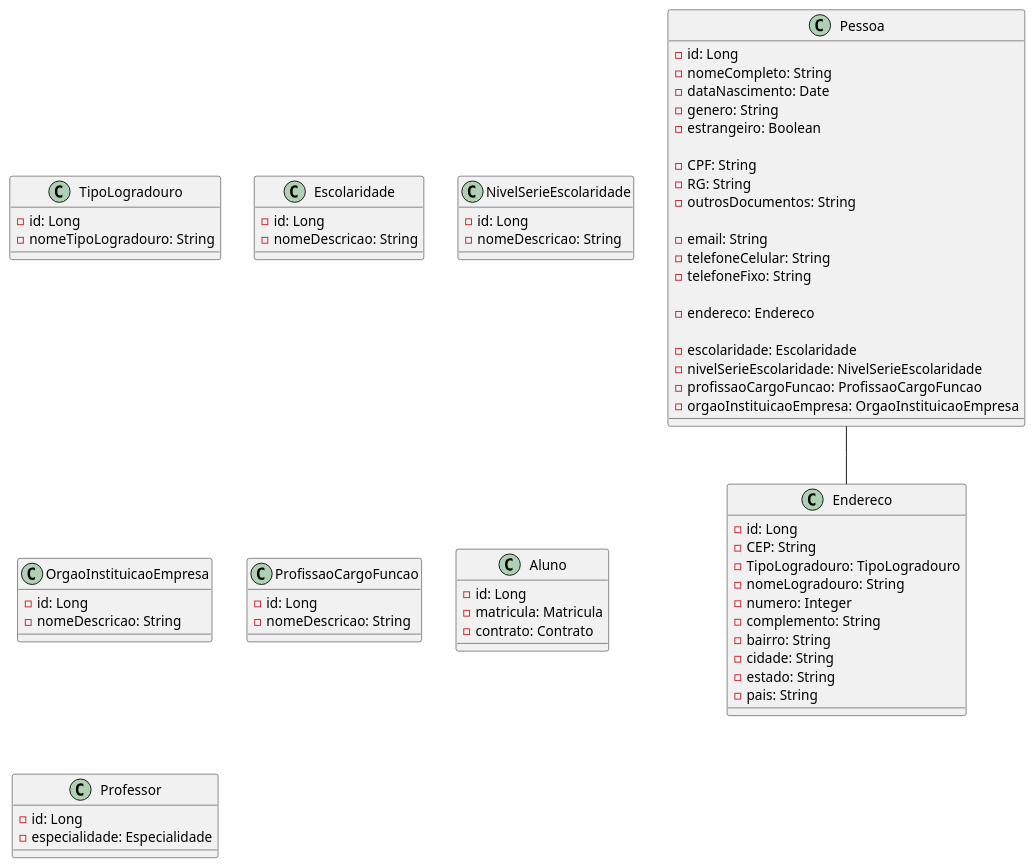
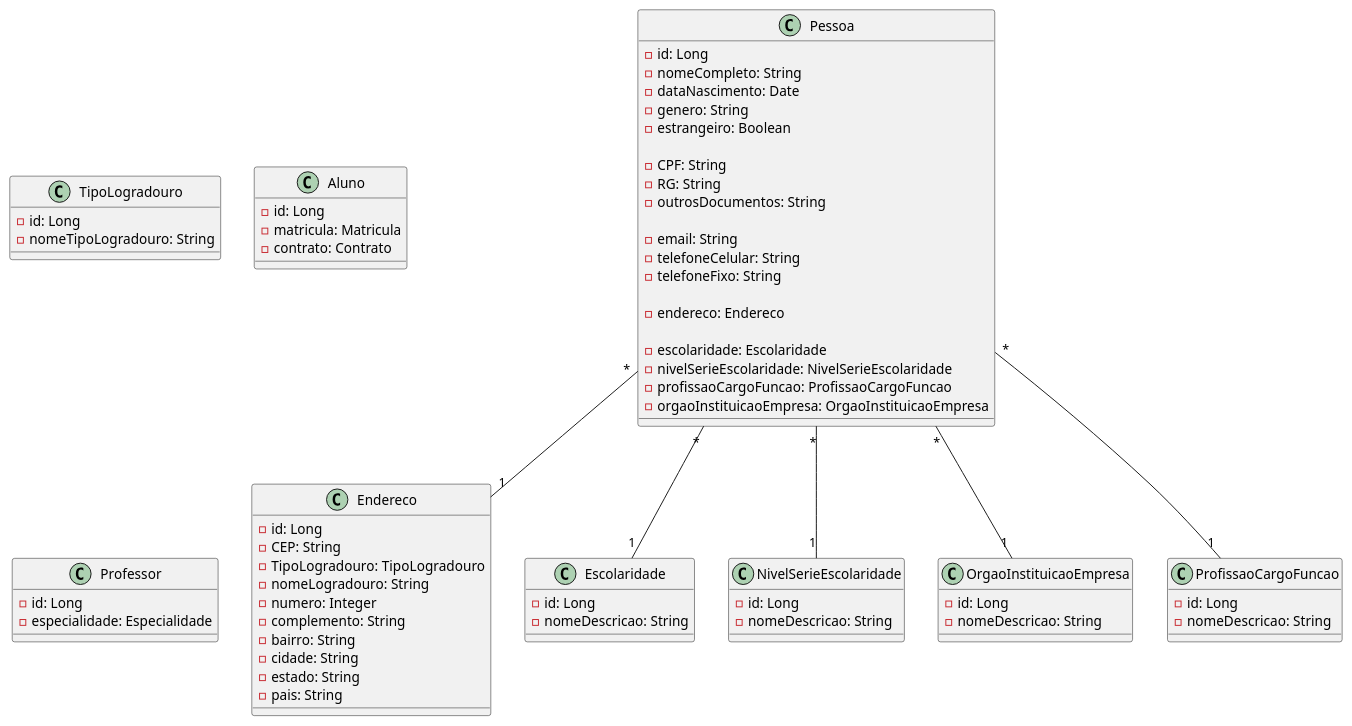
Before and after one commit to Vitor-rs/AgePlan_backend: the diagram in docs/diagrams/dc_entidadesPrincipais.puml, drawn with PlantUML. The commit also changed 3 other files, not shown here.

```diff
--- a/docs/diagrams/dc_entidadesPrincipais.puml
+++ b/docs/diagrams/dc_entidadesPrincipais.puml
@@ -1,78 +1,82 @@
 @startuml
 
 class Pessoa {
     - id: Long
     - nomeCompleto: String
     - dataNascimento: Date
     - genero: String
     - estrangeiro: Boolean
 
     - CPF: String
     - RG: String
     - outrosDocumentos: String
 
     - email: String
     - telefoneCelular: String
     - telefoneFixo: String
 
     - endereco: Endereco
 
     - escolaridade: Escolaridade
     - nivelSerieEscolaridade: NivelSerieEscolaridade
     - profissaoCargoFuncao: ProfissaoCargoFuncao
     - orgaoInstituicaoEmpresa: OrgaoInstituicaoEmpresa
 }
 
 class Endereco {
     - id: Long
     - CEP: String
     - TipoLogradouro: TipoLogradouro
     - nomeLogradouro: String
     - numero: Integer
     - complemento: String
     - bairro: String
     - cidade: String
     - estado: String
     - pais: String
 }
 
 class TipoLogradouro {
     - id: Long
     - nomeTipoLogradouro: String
 }
 
 class Escolaridade {
     - id: Long
     - nomeDescricao: String
 }
 
 class NivelSerieEscolaridade {
     - id: Long
     - nomeDescricao: String
 }
 
 class OrgaoInstituicaoEmpresa {
     - id: Long
     - nomeDescricao: String
 }
 
 class ProfissaoCargoFuncao {
     - id: Long
     - nomeDescricao: String
 }
 
 class Aluno {
     - id: Long
     - matricula: Matricula
     - contrato: Contrato
 }
  class Professor {
     - id: Long
     - especialidade: Especialidade
 }
 
-Pessoa -- Endereco
+Pessoa "*" -- "1" Endereco
+Pessoa "*" -- "1" Escolaridade
+Pessoa "*" -- "1" NivelSerieEscolaridade
+Pessoa "*" -- "1" ProfissaoCargoFuncao
+Pessoa "*" -- "1" OrgaoInstituicaoEmpresa
 
 
 
 @enduml
```
